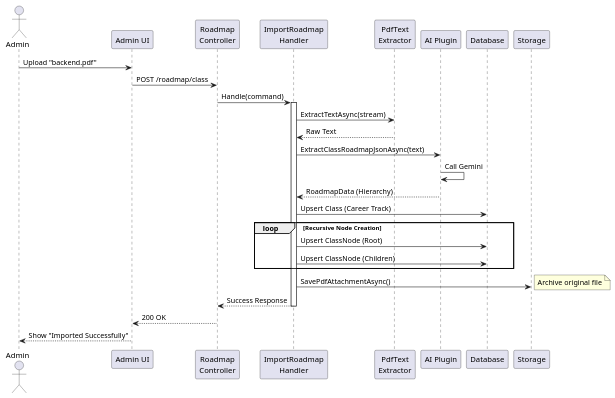
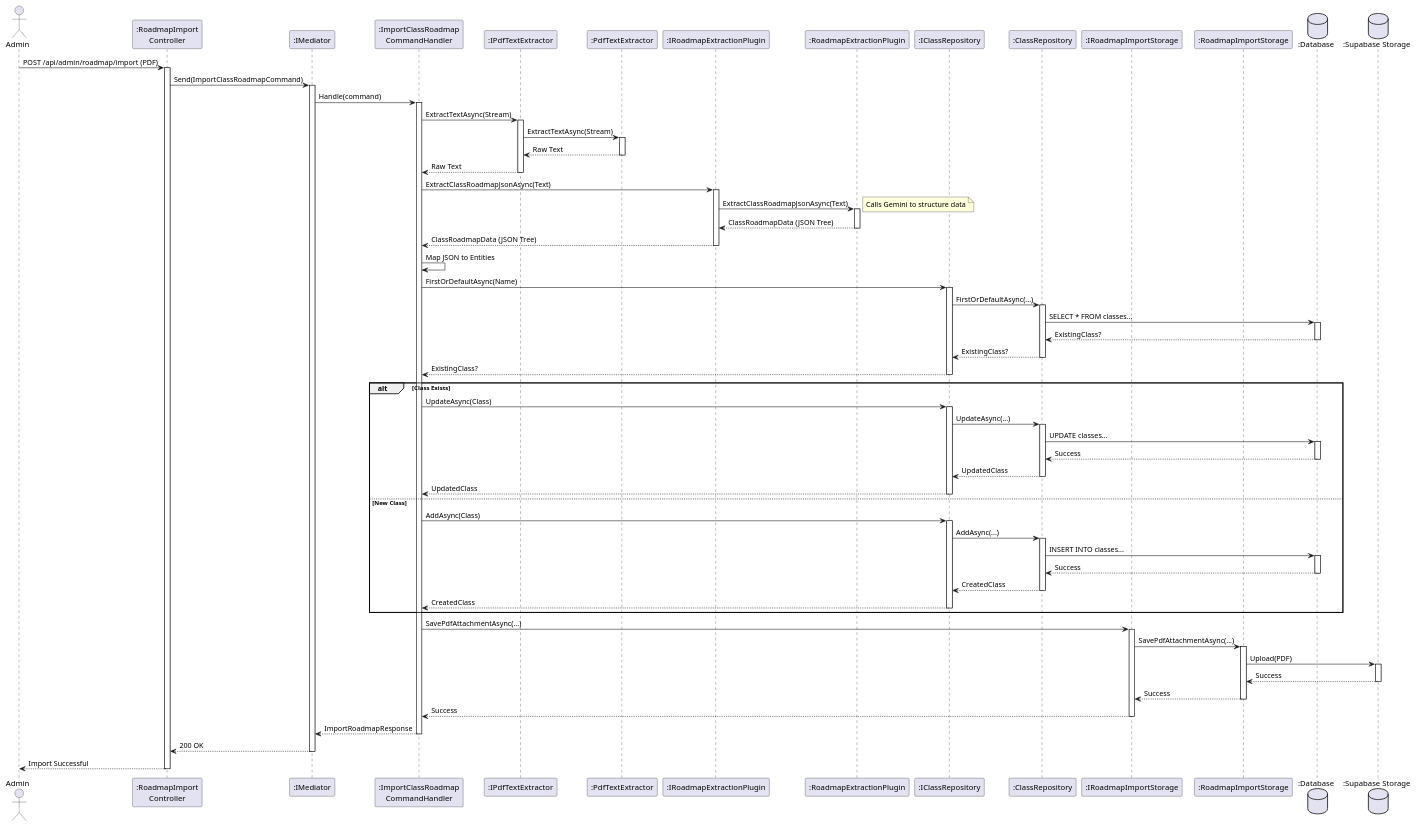
The diagram in docs/srs/diagrams/sequence-diagram/admin-class/import-roadmap-seq.puml (FA25SE050-RogueLearn/RogueLearn.BMAD.Documentation), drawn with PlantUML before and after one commit. The commit also changed other lines of this file and 28 other files, not shown here.

Commit message:
feat: add and refix some diagrams to add implementations objects

```diff
--- a/docs/srs/diagrams/sequence-diagram/admin-class/import-roadmap-seq.puml
+++ b/docs/srs/diagrams/sequence-diagram/admin-class/import-roadmap-seq.puml
@@ -2,38 +1,113 @@
 @startuml
 actor Admin
-participant "Admin UI" as UI
-participant "Roadmap\nController" as Controller
-participant "ImportRoadmap\nHandler" as Handler
-participant "PdfText\nExtractor" as PDF
-participant "AI Plugin" as AI
-participant "Database" as DB
-participant "Storage" as S3
+participant ":RoadmapImport\nController" as Controller
+participant ":IMediator" as Med
+participant ":ImportClassRoadmap\nCommandHandler" as Handler
+participant ":IPdfTextExtractor" as IPDF
+participant ":PdfTextExtractor" as PDF
+participant ":IRoadmapExtractionPlugin" as IPlugin
+participant ":RoadmapExtractionPlugin" as Plugin
+participant ":IClassRepository" as IClassRepo
+participant ":ClassRepository" as ClassRepo
+participant ":IRoadmapImportStorage" as IStorage
+participant ":RoadmapImportStorage" as Storage
+database ":Database" as DB
+database ":Supabase Storage" as S3
 
-Admin -> UI : Upload "backend.pdf"
-UI -> Controller : POST /roadmap/class
-Controller -> Handler : Handle(command)
+Admin -> Controller : POST /api/admin/roadmap/import (PDF)
+activate Controller
 
+Controller -> Med : Send(ImportClassRoadmapCommand)
+activate Med
+
+Med -> Handler : Handle(command)
 activate Handler
-    Handler -> PDF : ExtractTextAsync(stream)
-    PDF --> Handler : Raw Text
-    
-    Handler -> AI : ExtractClassRoadmapJsonAsync(text)
-    AI -> AI : Call Gemini
-    AI --> Handler : RoadmapData (Hierarchy)
-    
-    Handler -> DB : Upsert Class (Career Track)
-    
-    loop Recursive Node Creation
-        Handler -> DB : Upsert ClassNode (Root)
-        Handler -> DB : Upsert ClassNode (Children)
-    end
-    
-    Handler -> S3 : SavePdfAttachmentAsync()
-    note right: Archive original file
-    
-    Handler --> Controller : Success Response
+
+' 1. Extract Text
+Handler -> IPDF : ExtractTextAsync(Stream)
+activate IPDF
+IPDF -> PDF : ExtractTextAsync(Stream)
+activate PDF
+PDF --> IPDF : Raw Text
+deactivate PDF
+IPDF --> Handler : Raw Text
+deactivate IPDF
+
+' 2. AI Parsing
+Handler -> IPlugin : ExtractClassRoadmapJsonAsync(Text)
+activate IPlugin
+IPlugin -> Plugin : ExtractClassRoadmapJsonAsync(Text)
+activate Plugin
+note right: Calls Gemini to structure data
+Plugin --> IPlugin : ClassRoadmapData (JSON Tree)
+deactivate Plugin
+IPlugin --> Handler : ClassRoadmapData (JSON Tree)
+deactivate IPlugin
+
+' 3. Persist Class & Nodes
+Handler -> Handler : Map JSON to Entities
+
+Handler -> IClassRepo : FirstOrDefaultAsync(Name)
+activate IClassRepo
+IClassRepo -> ClassRepo : FirstOrDefaultAsync(...)
+activate ClassRepo
+ClassRepo -> DB : SELECT * FROM classes...
+activate DB
+DB --> ClassRepo : ExistingClass?
+deactivate DB
+ClassRepo --> IClassRepo : ExistingClass?
+deactivate ClassRepo
+IClassRepo --> Handler : ExistingClass?
+deactivate IClassRepo
+
+alt Class Exists
+    Handler -> IClassRepo : UpdateAsync(Class)
+    activate IClassRepo
+    IClassRepo -> ClassRepo : UpdateAsync(...)
+    activate ClassRepo
+    ClassRepo -> DB : UPDATE classes...
+    activate DB
+    DB --> ClassRepo : Success
+    deactivate DB
+    ClassRepo --> IClassRepo : UpdatedClass
+    deactivate ClassRepo
+    IClassRepo --> Handler : UpdatedClass
+    deactivate IClassRepo
+else New Class
+    Handler -> IClassRepo : AddAsync(Class)
+    activate IClassRepo
+    IClassRepo -> ClassRepo : AddAsync(...)
+    activate ClassRepo
+    ClassRepo -> DB : INSERT INTO classes...
+    activate DB
+    DB --> ClassRepo : Success
+    deactivate DB
+    ClassRepo --> IClassRepo : CreatedClass
+    deactivate ClassRepo
+    IClassRepo --> Handler : CreatedClass
+    deactivate IClassRepo
+end
+
+' 4. Archive File
+Handler -> IStorage : SavePdfAttachmentAsync(...)
+activate IStorage
+IStorage -> Storage : SavePdfAttachmentAsync(...)
+activate Storage
+Storage -> S3 : Upload(PDF)
+activate S3
+S3 --> Storage : Success
+deactivate S3
+Storage --> IStorage : Success
+deactivate Storage
+IStorage --> Handler : Success
+deactivate IStorage
+
+Handler --> Med : ImportRoadmapResponse
 deactivate Handler
 
-Controller --> UI : 200 OK
-UI --> Admin : Show "Imported Successfully"
+Med --> Controller : 200 OK
+deactivate Med
+
+Controller --> Admin : Import Successful
+deactivate Controller
 @enduml
```
